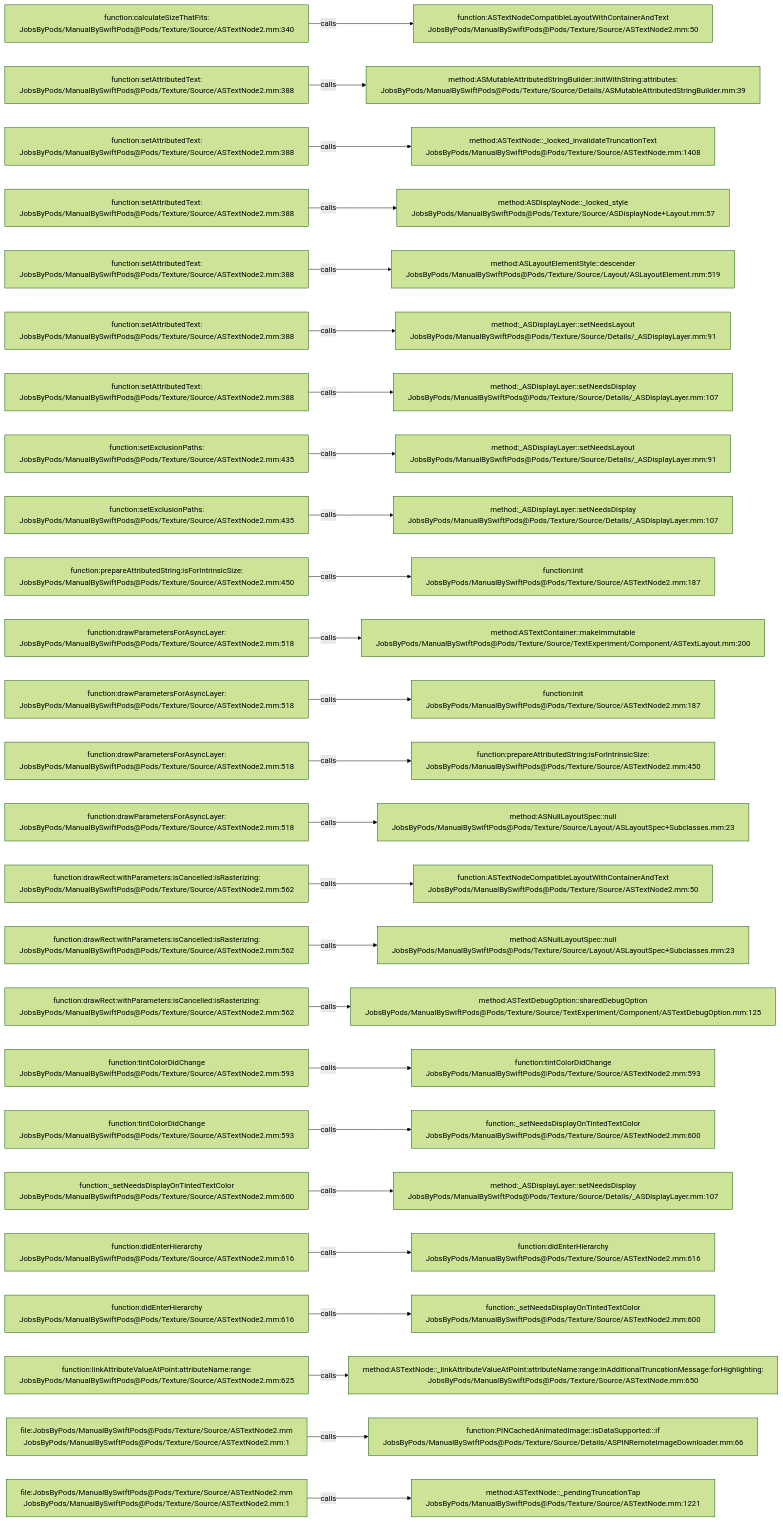
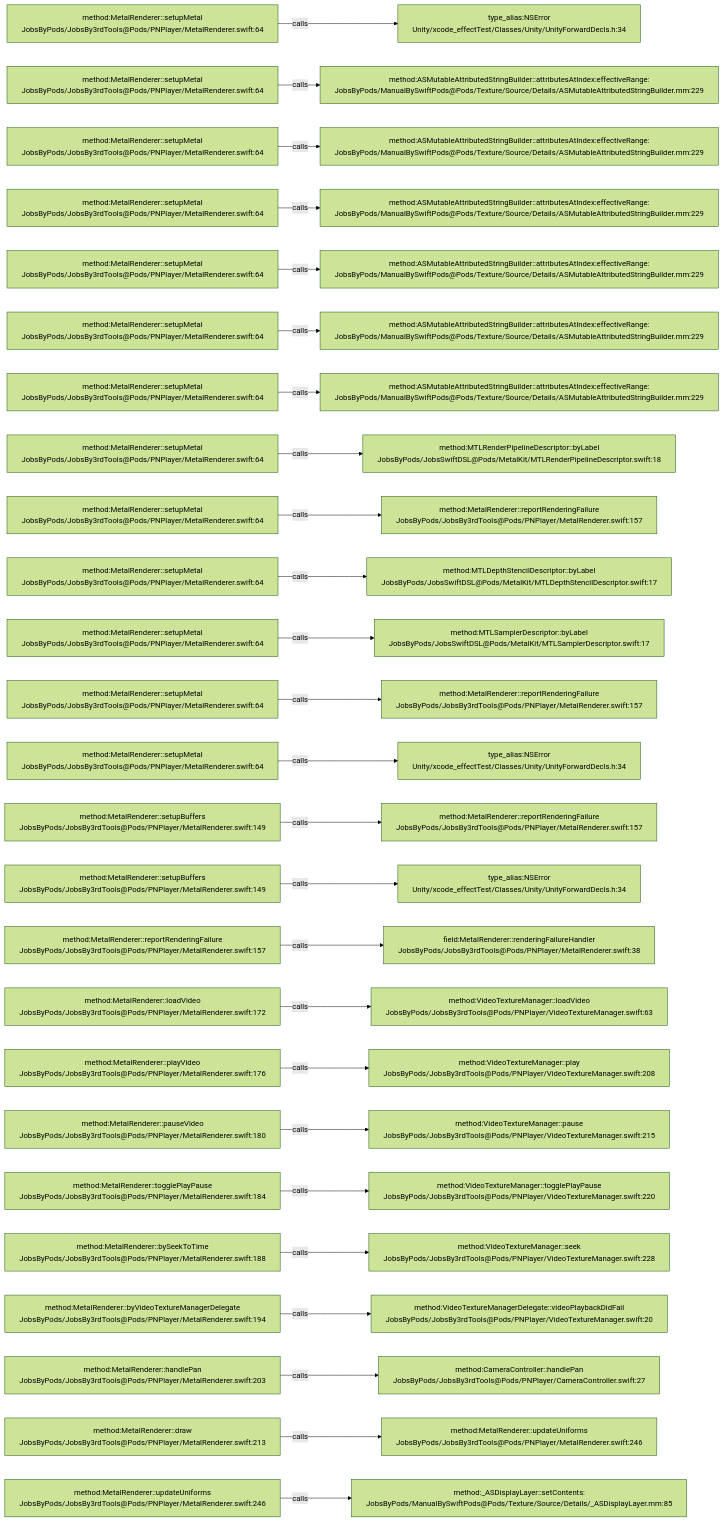
Before and after one commit to JobsKits/JobsSwiftBaseConfigDemo: the diagram in .codegraph/codegraph.md/graphs/calls-071.md, drawn with Mermaid (forest theme). The commit also changed 224 other files, not shown here.

````diff
--- a/.codegraph/codegraph.md/graphs/calls-071.md
+++ b/.codegraph/codegraph.md/graphs/calls-071.md
@@ -13,78 +13,78 @@
 ```mermaid
 flowchart LR
-  S1["function:calculateSizeThatFits:<br/>JobsByPods/ManualBySwiftPods@Pods/Texture/Source/ASTextNode2.mm:340"]
-  T1["function:ASTextNodeCompatibleLayoutWithContainerAndText<br/>JobsByPods/ManualBySwiftPods@Pods/Texture/Source/ASTextNode2.mm:50"]
+  S1["method:MetalRenderer::setupMetal<br/>JobsByPods/JobsBy3rdTools@Pods/PNPlayer/MetalRenderer.swift:64"]
+  T1["type_alias:NSError<br/>Unity/xcode_effectTest/Classes/Unity/UnityForwardDecls.h:34"]
   S1 -->|calls| T1
-  S2["function:setAttributedText:<br/>JobsByPods/ManualBySwiftPods@Pods/Texture/Source/ASTextNode2.mm:388"]
-  T2["method:ASMutableAttributedStringBuilder::initWithString:attributes:<br/>JobsByPods/ManualBySwiftPods@Pods/Texture/Source/Details/ASMutableAttributedStringBuilder.mm:39"]
+  S2["method:MetalRenderer::setupMetal<br/>JobsByPods/JobsBy3rdTools@Pods/PNPlayer/MetalRenderer.swift:64"]
+  T2["method:ASMutableAttributedStringBuilder::attributesAtIndex:effectiveRange:<br/>JobsByPods/ManualBySwiftPods@Pods/Texture/Source/Details/ASMutableAttributedStringBuilder.mm:229"]
   S2 -->|calls| T2
-  S3["function:setAttributedText:<br/>JobsByPods/ManualBySwiftPods@Pods/Texture/Source/ASTextNode2.mm:388"]
-  T3["method:ASTextNode::_locked_invalidateTruncationText<br/>JobsByPods/ManualBySwiftPods@Pods/Texture/Source/ASTextNode.mm:1408"]
+  S3["method:MetalRenderer::setupMetal<br/>JobsByPods/JobsBy3rdTools@Pods/PNPlayer/MetalRenderer.swift:64"]
+  T3["method:ASMutableAttributedStringBuilder::attributesAtIndex:effectiveRange:<br/>JobsByPods/ManualBySwiftPods@Pods/Texture/Source/Details/ASMutableAttributedStringBuilder.mm:229"]
   S3 -->|calls| T3
-  S4["function:setAttributedText:<br/>JobsByPods/ManualBySwiftPods@Pods/Texture/Source/ASTextNode2.mm:388"]
-  T4["method:ASDisplayNode::_locked_style<br/>JobsByPods/ManualBySwiftPods@Pods/Texture/Source/ASDisplayNode+Layout.mm:57"]
+  S4["method:MetalRenderer::setupMetal<br/>JobsByPods/JobsBy3rdTools@Pods/PNPlayer/MetalRenderer.swift:64"]
+  T4["method:ASMutableAttributedStringBuilder::attributesAtIndex:effectiveRange:<br/>JobsByPods/ManualBySwiftPods@Pods/Texture/Source/Details/ASMutableAttributedStringBuilder.mm:229"]
   S4 -->|calls| T4
-  S5["function:setAttributedText:<br/>JobsByPods/ManualBySwiftPods@Pods/Texture/Source/ASTextNode2.mm:388"]
-  T5["method:ASLayoutElementStyle::descender<br/>JobsByPods/ManualBySwiftPods@Pods/Texture/Source/Layout/ASLayoutElement.mm:519"]
+  S5["method:MetalRenderer::setupMetal<br/>JobsByPods/JobsBy3rdTools@Pods/PNPlayer/MetalRenderer.swift:64"]
+  T5["method:ASMutableAttributedStringBuilder::attributesAtIndex:effectiveRange:<br/>JobsByPods/ManualBySwiftPods@Pods/Texture/Source/Details/ASMutableAttributedStringBuilder.mm:229"]
   S5 -->|calls| T5
-  S6["function:setAttributedText:<br/>JobsByPods/ManualBySwiftPods@Pods/Texture/Source/ASTextNode2.mm:388"]
-  T6["method:_ASDisplayLayer::setNeedsLayout<br/>JobsByPods/ManualBySwiftPods@Pods/Texture/Source/Details/_ASDisplayLayer.mm:91"]
+  S6["method:MetalRenderer::setupMetal<br/>JobsByPods/JobsBy3rdTools@Pods/PNPlayer/MetalRenderer.swift:64"]
+  T6["method:ASMutableAttributedStringBuilder::attributesAtIndex:effectiveRange:<br/>JobsByPods/ManualBySwiftPods@Pods/Texture/Source/Details/ASMutableAttributedStringBuilder.mm:229"]
   S6 -->|calls| T6
-  S7["function:setAttributedText:<br/>JobsByPods/ManualBySwiftPods@Pods/Texture/Source/ASTextNode2.mm:388"]
-  T7["method:_ASDisplayLayer::setNeedsDisplay<br/>JobsByPods/ManualBySwiftPods@Pods/Texture/Source/Details/_ASDisplayLayer.mm:107"]
+  S7["method:MetalRenderer::setupMetal<br/>JobsByPods/JobsBy3rdTools@Pods/PNPlayer/MetalRenderer.swift:64"]
+  T7["method:ASMutableAttributedStringBuilder::attributesAtIndex:effectiveRange:<br/>JobsByPods/ManualBySwiftPods@Pods/Texture/Source/Details/ASMutableAttributedStringBuilder.mm:229"]
   S7 -->|calls| T7
-  S8["function:setExclusionPaths:<br/>JobsByPods/ManualBySwiftPods@Pods/Texture/Source/ASTextNode2.mm:435"]
-  T8["method:_ASDisplayLayer::setNeedsLayout<br/>JobsByPods/ManualBySwiftPods@Pods/Texture/Source/Details/_ASDisplayLayer.mm:91"]
+  S8["method:MetalRenderer::setupMetal<br/>JobsByPods/JobsBy3rdTools@Pods/PNPlayer/MetalRenderer.swift:64"]
+  T8["method:MTLRenderPipelineDescriptor::byLabel<br/>JobsByPods/JobsSwiftDSL@Pods/MetalKit/MTLRenderPipelineDescriptor.swift:18"]
   S8 -->|calls| T8
-  S9["function:setExclusionPaths:<br/>JobsByPods/ManualBySwiftPods@Pods/Texture/Source/ASTextNode2.mm:435"]
-  T9["method:_ASDisplayLayer::setNeedsDisplay<br/>JobsByPods/ManualBySwiftPods@Pods/Texture/Source/Details/_ASDisplayLayer.mm:107"]
+  S9["method:MetalRenderer::setupMetal<br/>JobsByPods/JobsBy3rdTools@Pods/PNPlayer/MetalRenderer.swift:64"]
+  T9["method:MetalRenderer::reportRenderingFailure<br/>JobsByPods/JobsBy3rdTools@Pods/PNPlayer/MetalRenderer.swift:157"]
   S9 -->|calls| T9
-  S10["function:prepareAttributedString:isForIntrinsicSize:<br/>JobsByPods/ManualBySwiftPods@Pods/Texture/Source/ASTextNode2.mm:450"]
-  T10["function:init<br/>JobsByPods/ManualBySwiftPods@Pods/Texture/Source/ASTextNode2.mm:187"]
+  S10["method:MetalRenderer::setupMetal<br/>JobsByPods/JobsBy3rdTools@Pods/PNPlayer/MetalRenderer.swift:64"]
+  T10["method:MTLDepthStencilDescriptor::byLabel<br/>JobsByPods/JobsSwiftDSL@Pods/MetalKit/MTLDepthStencilDescriptor.swift:17"]
   S10 -->|calls| T10
-  S11["function:drawParametersForAsyncLayer:<br/>JobsByPods/ManualBySwiftPods@Pods/Texture/Source/ASTextNode2.mm:518"]
-  T11["method:ASTextContainer::makeImmutable<br/>JobsByPods/ManualBySwiftPods@Pods/Texture/Source/TextExperiment/Component/ASTextLayout.mm:200"]
+  S11["method:MetalRenderer::setupMetal<br/>JobsByPods/JobsBy3rdTools@Pods/PNPlayer/MetalRenderer.swift:64"]
+  T11["method:MTLSamplerDescriptor::byLabel<br/>JobsByPods/JobsSwiftDSL@Pods/MetalKit/MTLSamplerDescriptor.swift:17"]
   S11 -->|calls| T11
-  S12["function:drawParametersForAsyncLayer:<br/>JobsByPods/ManualBySwiftPods@Pods/Texture/Source/ASTextNode2.mm:518"]
-  T12["function:init<br/>JobsByPods/ManualBySwiftPods@Pods/Texture/Source/ASTextNode2.mm:187"]
+  S12["method:MetalRenderer::setupMetal<br/>JobsByPods/JobsBy3rdTools@Pods/PNPlayer/MetalRenderer.swift:64"]
+  T12["method:MetalRenderer::reportRenderingFailure<br/>JobsByPods/JobsBy3rdTools@Pods/PNPlayer/MetalRenderer.swift:157"]
   S12 -->|calls| T12
-  S13["function:drawParametersForAsyncLayer:<br/>JobsByPods/ManualBySwiftPods@Pods/Texture/Source/ASTextNode2.mm:518"]
-  T13["function:prepareAttributedString:isForIntrinsicSize:<br/>JobsByPods/ManualBySwiftPods@Pods/Texture/Source/ASTextNode2.mm:450"]
+  S13["method:MetalRenderer::setupMetal<br/>JobsByPods/JobsBy3rdTools@Pods/PNPlayer/MetalRenderer.swift:64"]
+  T13["type_alias:NSError<br/>Unity/xcode_effectTest/Classes/Unity/UnityForwardDecls.h:34"]
   S13 -->|calls| T13
-  S14["function:drawParametersForAsyncLayer:<br/>JobsByPods/ManualBySwiftPods@Pods/Texture/Source/ASTextNode2.mm:518"]
-  T14["method:ASNullLayoutSpec::null<br/>JobsByPods/ManualBySwiftPods@Pods/Texture/Source/Layout/ASLayoutSpec+Subclasses.mm:23"]
+  S14["method:MetalRenderer::setupBuffers<br/>JobsByPods/JobsBy3rdTools@Pods/PNPlayer/MetalRenderer.swift:149"]
+  T14["method:MetalRenderer::reportRenderingFailure<br/>JobsByPods/JobsBy3rdTools@Pods/PNPlayer/MetalRenderer.swift:157"]
   S14 -->|calls| T14
-  S15["function:drawRect:withParameters:isCancelled:isRasterizing:<br/>JobsByPods/ManualBySwiftPods@Pods/Texture/Source/ASTextNode2.mm:562"]
-  T15["function:ASTextNodeCompatibleLayoutWithContainerAndText<br/>JobsByPods/ManualBySwiftPods@Pods/Texture/Source/ASTextNode2.mm:50"]
+  S15["method:MetalRenderer::setupBuffers<br/>JobsByPods/JobsBy3rdTools@Pods/PNPlayer/MetalRenderer.swift:149"]
+  T15["type_alias:NSError<br/>Unity/xcode_effectTest/Classes/Unity/UnityForwardDecls.h:34"]
   S15 -->|calls| T15
-  S16["function:drawRect:withParameters:isCancelled:isRasterizing:<br/>JobsByPods/ManualBySwiftPods@Pods/Texture/Source/ASTextNode2.mm:562"]
-  T16["method:ASNullLayoutSpec::null<br/>JobsByPods/ManualBySwiftPods@Pods/Texture/Source/Layout/ASLayoutSpec+Subclasses.mm:23"]
+  S16["method:MetalRenderer::reportRenderingFailure<br/>JobsByPods/JobsBy3rdTools@Pods/PNPlayer/MetalRenderer.swift:157"]
+  T16["field:MetalRenderer::renderingFailureHandler<br/>JobsByPods/JobsBy3rdTools@Pods/PNPlayer/MetalRenderer.swift:38"]
   S16 -->|calls| T16
-  S17["function:drawRect:withParameters:isCancelled:isRasterizing:<br/>JobsByPods/ManualBySwiftPods@Pods/Texture/Source/ASTextNode2.mm:562"]
-  T17["method:ASTextDebugOption::sharedDebugOption<br/>JobsByPods/ManualBySwiftPods@Pods/Texture/Source/TextExperiment/Component/ASTextDebugOption.mm:125"]
+  S17["method:MetalRenderer::loadVideo<br/>JobsByPods/JobsBy3rdTools@Pods/PNPlayer/MetalRenderer.swift:172"]
+  T17["method:VideoTextureManager::loadVideo<br/>JobsByPods/JobsBy3rdTools@Pods/PNPlayer/VideoTextureManager.swift:63"]
   S17 -->|calls| T17
-  S18["function:tintColorDidChange<br/>JobsByPods/ManualBySwiftPods@Pods/Texture/Source/ASTextNode2.mm:593"]
-  T18["function:tintColorDidChange<br/>JobsByPods/ManualBySwiftPods@Pods/Texture/Source/ASTextNode2.mm:593"]
+  S18["method:MetalRenderer::playVideo<br/>JobsByPods/JobsBy3rdTools@Pods/PNPlayer/MetalRenderer.swift:176"]
+  T18["method:VideoTextureManager::play<br/>JobsByPods/JobsBy3rdTools@Pods/PNPlayer/VideoTextureManager.swift:208"]
   S18 -->|calls| T18
-  S19["function:tintColorDidChange<br/>JobsByPods/ManualBySwiftPods@Pods/Texture/Source/ASTextNode2.mm:593"]
-  T19["function:_setNeedsDisplayOnTintedTextColor<br/>JobsByPods/ManualBySwiftPods@Pods/Texture/Source/ASTextNode2.mm:600"]
+  S19["method:MetalRenderer::pauseVideo<br/>JobsByPods/JobsBy3rdTools@Pods/PNPlayer/MetalRenderer.swift:180"]
+  T19["method:VideoTextureManager::pause<br/>JobsByPods/JobsBy3rdTools@Pods/PNPlayer/VideoTextureManager.swift:215"]
   S19 -->|calls| T19
-  S20["function:_setNeedsDisplayOnTintedTextColor<br/>JobsByPods/ManualBySwiftPods@Pods/Texture/Source/ASTextNode2.mm:600"]
-  T20["method:_ASDisplayLayer::setNeedsDisplay<br/>JobsByPods/ManualBySwiftPods@Pods/Texture/Source/Details/_ASDisplayLayer.mm:107"]
+  S20["method:MetalRenderer::togglePlayPause<br/>JobsByPods/JobsBy3rdTools@Pods/PNPlayer/MetalRenderer.swift:184"]
+  T20["method:VideoTextureManager::togglePlayPause<br/>JobsByPods/JobsBy3rdTools@Pods/PNPlayer/VideoTextureManager.swift:220"]
   S20 -->|calls| T20
-  S21["function:didEnterHierarchy<br/>JobsByPods/ManualBySwiftPods@Pods/Texture/Source/ASTextNode2.mm:616"]
-  T21["function:didEnterHierarchy<br/>JobsByPods/ManualBySwiftPods@Pods/Texture/Source/ASTextNode2.mm:616"]
+  S21["method:MetalRenderer::bySeekToTime<br/>JobsByPods/JobsBy3rdTools@Pods/PNPlayer/MetalRenderer.swift:188"]
+  T21["method:VideoTextureManager::seek<br/>JobsByPods/JobsBy3rdTools@Pods/PNPlayer/VideoTextureManager.swift:228"]
   S21 -->|calls| T21
-  S22["function:didEnterHierarchy<br/>JobsByPods/ManualBySwiftPods@Pods/Texture/Source/ASTextNode2.mm:616"]
-  T22["function:_setNeedsDisplayOnTintedTextColor<br/>JobsByPods/ManualBySwiftPods@Pods/Texture/Source/ASTextNode2.mm:600"]
+  S22["method:MetalRenderer::byVideoTextureManagerDelegate<br/>JobsByPods/JobsBy3rdTools@Pods/PNPlayer/MetalRenderer.swift:194"]
+  T22["method:VideoTextureManagerDelegate::videoPlaybackDidFail<br/>JobsByPods/JobsBy3rdTools@Pods/PNPlayer/VideoTextureManager.swift:20"]
   S22 -->|calls| T22
-  S23["function:linkAttributeValueAtPoint:attributeName:range:<br/>JobsByPods/ManualBySwiftPods@Pods/Texture/Source/ASTextNode2.mm:625"]
-  T23["method:ASTextNode::_linkAttributeValueAtPoint:attributeName:range:inAdditionalTruncationMessage:forHighlighting:<br/>JobsByPods/ManualBySwiftPods@Pods/Texture/Source/ASTextNode.mm:650"]
+  S23["method:MetalRenderer::handlePan<br/>JobsByPods/JobsBy3rdTools@Pods/PNPlayer/MetalRenderer.swift:203"]
+  T23["method:CameraController::handlePan<br/>JobsByPods/JobsBy3rdTools@Pods/PNPlayer/CameraController.swift:27"]
   S23 -->|calls| T23
-  S24["file:JobsByPods/ManualBySwiftPods@Pods/Texture/Source/ASTextNode2.mm<br/>JobsByPods/ManualBySwiftPods@Pods/Texture/Source/ASTextNode2.mm:1"]
-  T24["function:PINCachedAnimatedImage::isDataSupported:::if<br/>JobsByPods/ManualBySwiftPods@Pods/Texture/Source/Details/ASPINRemoteImageDownloader.mm:66"]
+  S24["method:MetalRenderer::draw<br/>JobsByPods/JobsBy3rdTools@Pods/PNPlayer/MetalRenderer.swift:213"]
+  T24["method:MetalRenderer::updateUniforms<br/>JobsByPods/JobsBy3rdTools@Pods/PNPlayer/MetalRenderer.swift:246"]
   S24 -->|calls| T24
-  S25["file:JobsByPods/ManualBySwiftPods@Pods/Texture/Source/ASTextNode2.mm<br/>JobsByPods/ManualBySwiftPods@Pods/Texture/Source/ASTextNode2.mm:1"]
-  T25["method:ASTextNode::_pendingTruncationTap<br/>JobsByPods/ManualBySwiftPods@Pods/Texture/Source/ASTextNode.mm:1221"]
+  S25["method:MetalRenderer::updateUniforms<br/>JobsByPods/JobsBy3rdTools@Pods/PNPlayer/MetalRenderer.swift:246"]
+  T25["method:_ASDisplayLayer::setContents:<br/>JobsByPods/ManualBySwiftPods@Pods/Texture/Source/Details/_ASDisplayLayer.mm:85"]
   S25 -->|calls| T25
 ```
````
